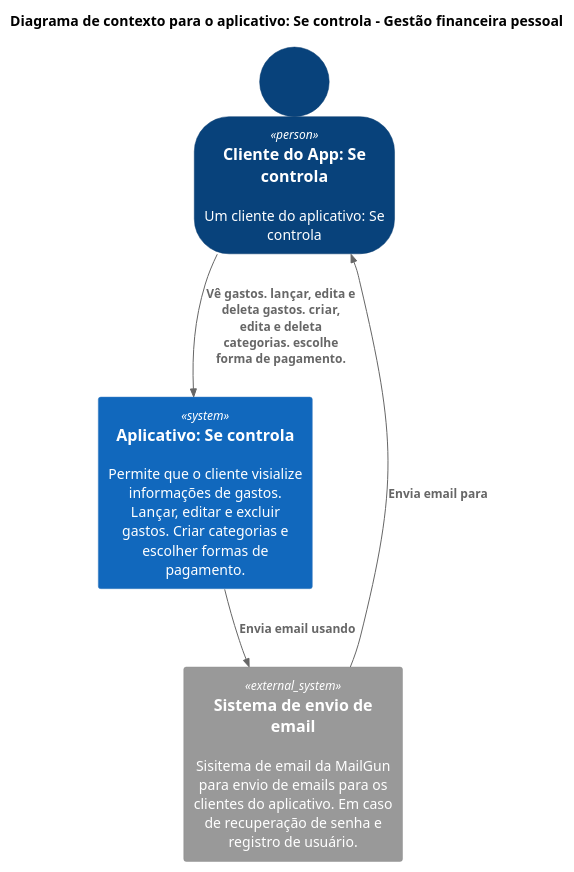
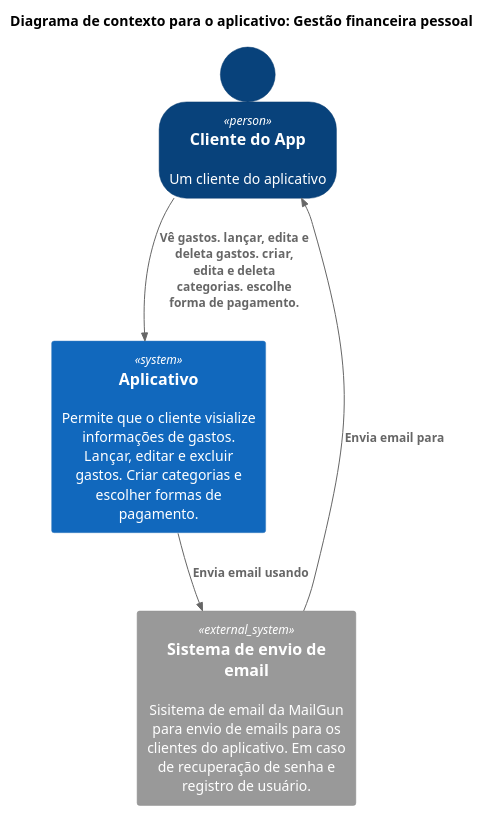
One commit to joaoo-vittor/backend-gestao-financeira changed the diagram in diagrams/c4_model/level1.puml. Above: the diagram before and after it, drawn with PlantUML. The commit also changed 4 other files, not shown here.

```diff
--- a/diagrams/c4_model/level1.puml
+++ b/diagrams/c4_model/level1.puml
@@ -1,19 +1,19 @@
 @startuml Level1
 !include https://raw.githubusercontent.com/plantuml-stdlib/C4-PlantUML/master/C4_Container.puml
 !include https://raw.githubusercontent.com/plantuml-stdlib/C4-PlantUML/master/C4_Component.puml
 
-title Diagrama de contexto para o aplicativo: Se controla - Gestão financeira pessoal
+title Diagrama de contexto para o aplicativo: Gestão financeira pessoal
 
 
 SHOW_PERSON_OUTLINE()
 
 
-Person(cliente, "Cliente do App: Se controla", "Um cliente do aplicativo: Se controla")
-System(app, "Aplicativo: Se controla",  "Permite que o cliente visialize informações de gastos. Lançar, editar e excluir gastos. Criar categorias e escolher formas de pagamento.")
+Person(cliente, "Cliente do App", "Um cliente do aplicativo")
+System(app, "Aplicativo",  "Permite que o cliente visialize informações de gastos. Lançar, editar e excluir gastos. Criar categorias e escolher formas de pagamento.")
 Rel(cliente, app, "Vê gastos. lançar, edita e deleta gastos. criar, edita e deleta categorias. escolhe forma de pagamento.")
 System_Ext(email, "Sistema de envio de email", "Sisitema de email da MailGun para envio de emails para os clientes do aplicativo. Em caso de recuperação de senha e registro de usuário.")
 Rel(app, email, "Envia email usando")
 Rel(email, cliente, "Envia email para")
 
 
 @enduml
```
